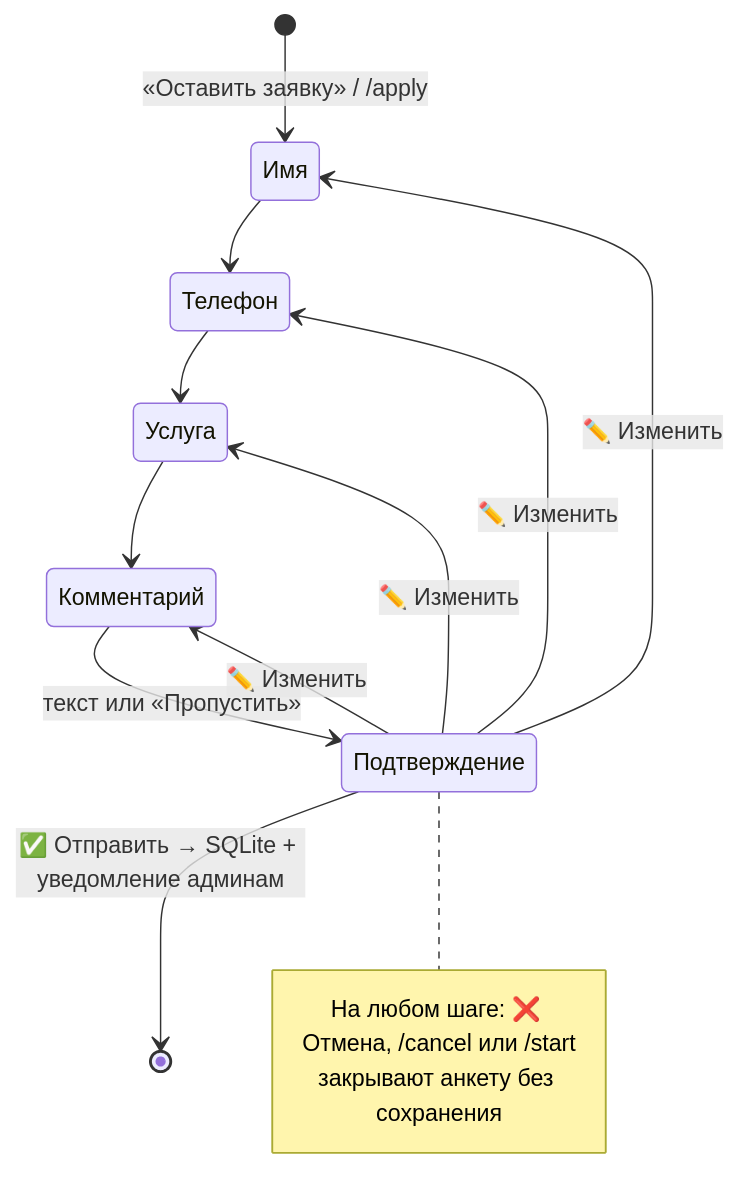
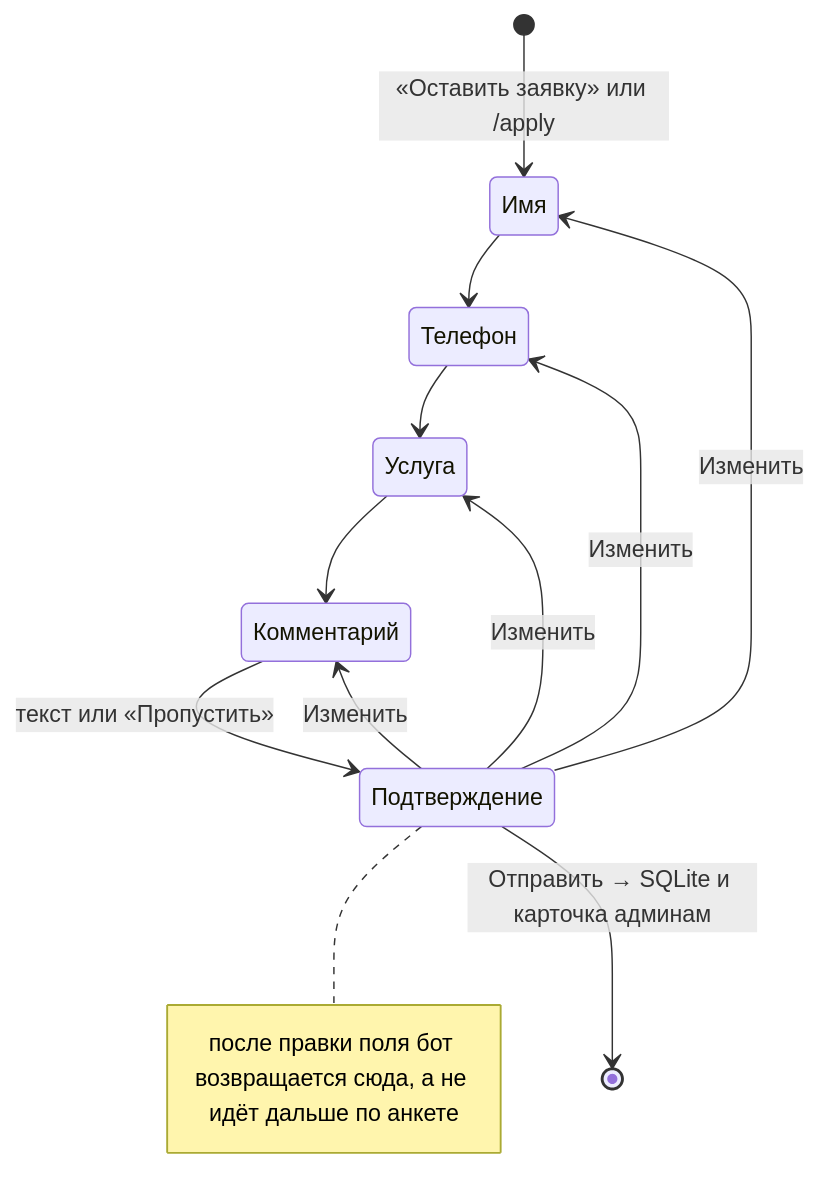
Before and after one commit to sinnercode228/portfolio: the diagram in telegram-bot-demo/README.md, drawn with Mermaid. The commit also changed other lines of this file and 3 other files, not shown here.

````diff
--- a/telegram-bot-demo/README.md
+++ b/telegram-bot-demo/README.md
@@ -95,17 +32,19 @@
 ```mermaid
 stateDiagram-v2
-    [*] --> Имя: «Оставить заявку» / /apply
-    Имя --> Телефон
-    Телефон --> Услуга
-    Услуга --> Комментарий
-    Комментарий --> Подтверждение: текст или «Пропустить»
-    Подтверждение --> Имя: ✏️ Изменить
-    Подтверждение --> Телефон: ✏️ Изменить
-    Подтверждение --> Услуга: ✏️ Изменить
-    Подтверждение --> Комментарий: ✏️ Изменить
-    Подтверждение --> [*]: ✅ Отправить → SQLite + уведомление админам
-    note right of Подтверждение
-        На любом шаге: ❌ Отмена, /cancel или /start
-        закрывают анкету без сохранения
-    end note
+    state "Имя" as name
+    state "Телефон" as phone
+    state "Услуга" as service
+    state "Комментарий" as comment
+    state "Подтверждение" as confirm
+    [*] --> name: «Оставить заявку» или /apply
+    name --> phone
+    phone --> service
+    service --> comment
+    comment --> confirm: текст или «Пропустить»
+    confirm --> name: Изменить
+    confirm --> phone: Изменить
+    confirm --> service: Изменить
+    confirm --> comment: Изменить
+    note right of confirm : после правки поля бот возвращается сюда, а не идёт дальше по анкете
+    confirm --> [*]: Отправить → SQLite и карточка админам
 ```
````
